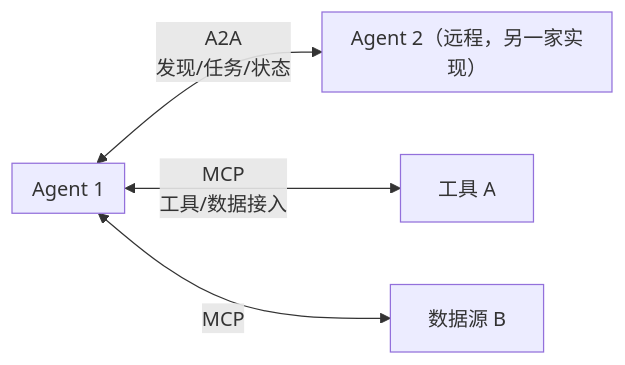
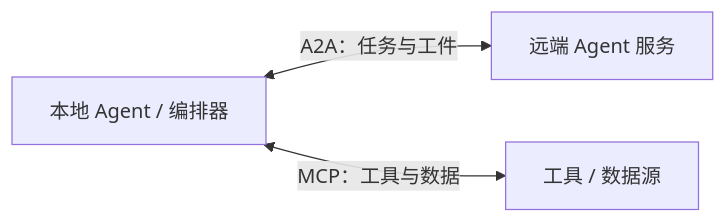
The eighth of 8 diagrams in 04.Agent开发/05.multiAgent/01.多智能体系统设计.md (AI-Redfish/Agent), drawn with Mermaid before and after one commit. The commit also changed other lines of this file and 12 other files, not shown here.

````diff
--- a/04.Agent开发/05.multiAgent/01.多智能体系统设计.md
+++ b/04.Agent开发/05.multiAgent/01.多智能体系统设计.md
@@ -635,15 +781,5 @@
 ```mermaid
 flowchart LR
-    subgraph Agent1["Agent 1"]
-        direction TB
-    end
-    subgraph Agent2["Agent 2（远程，另一家实现）"]
-        direction TB
-    end
-    T1["工具 A"]
-    T2["数据源 B"]
-
-    Agent1 <-- "A2A<br/>发现/任务/状态" --> Agent2
-    Agent1 <-- "MCP<br/>工具/数据接入" --> T1
-    Agent1 <-- "MCP" --> T2
+    A["本地 Agent / 编排器"] <-->|"A2A：任务与工件"| B["远端 Agent 服务"]
+    A <-->|"MCP：工具与数据"| T["工具 / 数据源"]
 ```
````
